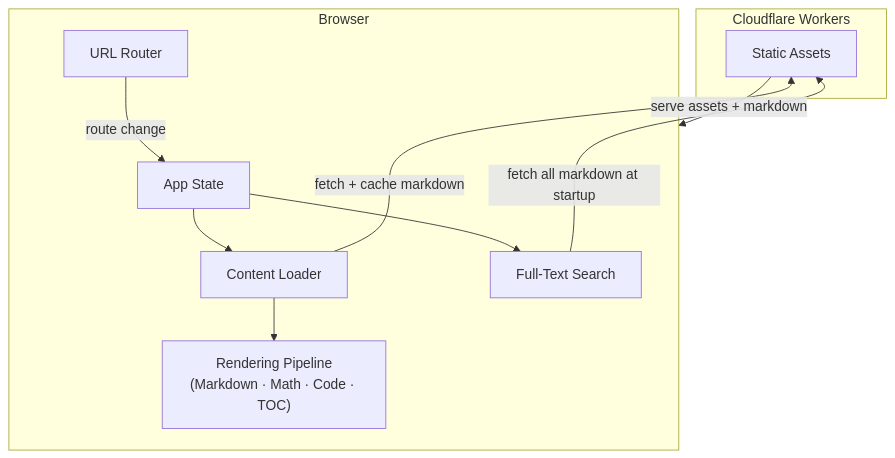
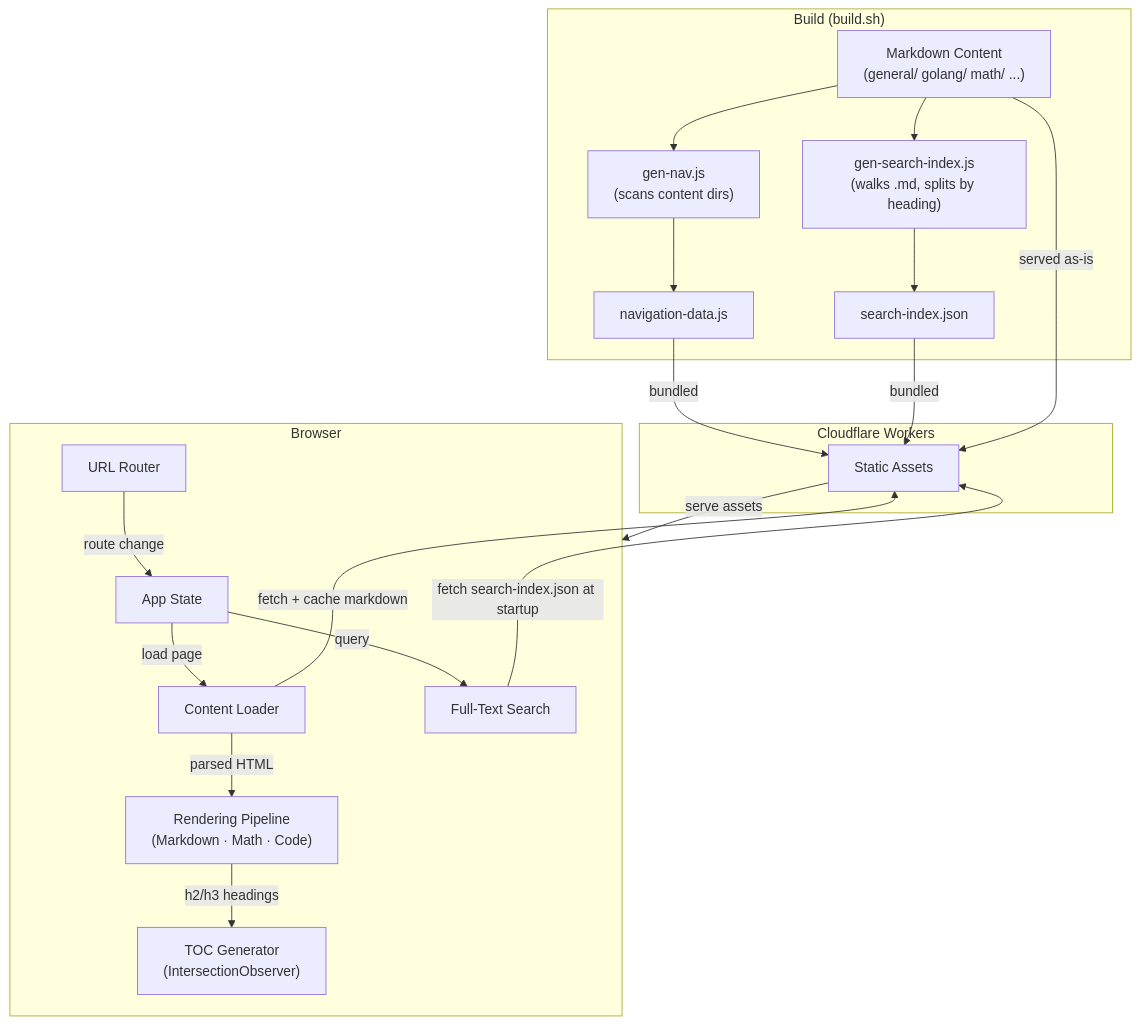
Before and after one commit to Chandra179/gitbook: the diagram in diagrams/blog-architecture.mmd, drawn with Mermaid. The commit also changed 10 other files, not shown here.

```diff
--- a/diagrams/blog-architecture.mmd
+++ b/diagrams/blog-architecture.mmd
@@ -1,21 +1,40 @@
 graph TD
+    MarkdownFiles["Markdown Content\n(general/ golang/ math/ ...)"]
+
+    subgraph Build["Build (build.sh)"]
+        GenNav["gen-nav.js\n(scans content dirs)"]
+        GenSearch["gen-search-index.js\n(walks .md, splits by heading)"]
+        NavData["navigation-data.js"]
+        SearchIndex["search-index.json"]
+        MarkdownFiles --> GenNav
+        MarkdownFiles --> GenSearch
+        GenNav --> NavData
+        GenSearch --> SearchIndex
+    end
+
     subgraph Edge["Cloudflare Workers"]
         Static["Static Assets"]
     end
 
     subgraph Browser["Browser"]
         App["App State"]
         Router["URL Router"]
         ContentLoader["Content Loader"]
         Search["Full-Text Search"]
-        Rendering["Rendering Pipeline\n(Markdown · Math · Code · TOC)"]
+        Rendering["Rendering Pipeline\n(Markdown · Math · Code)"]
+        TOC["TOC Generator\n(IntersectionObserver)"]
     end
 
-    Static -->|"serve assets + markdown"| Browser
+    NavData -->|"bundled"| Static
+    SearchIndex -->|"bundled"| Static
+    MarkdownFiles -->|"served as-is"| Static
+
+    Static -->|"serve assets"| Browser
 
     Router -->|"route change"| App
-    App --> ContentLoader
-    App --> Search
+    App -->|"load page"| ContentLoader
+    App -->|"query"| Search
     ContentLoader -->|"fetch + cache markdown"| Static
-    ContentLoader --> Rendering
-    Search -->|"fetch all markdown at startup"| Static
+    ContentLoader -->|"parsed HTML"| Rendering
+    Rendering -->|"h2/h3 headings"| TOC
+    Search -->|"fetch search-index.json at startup"| Static
```
